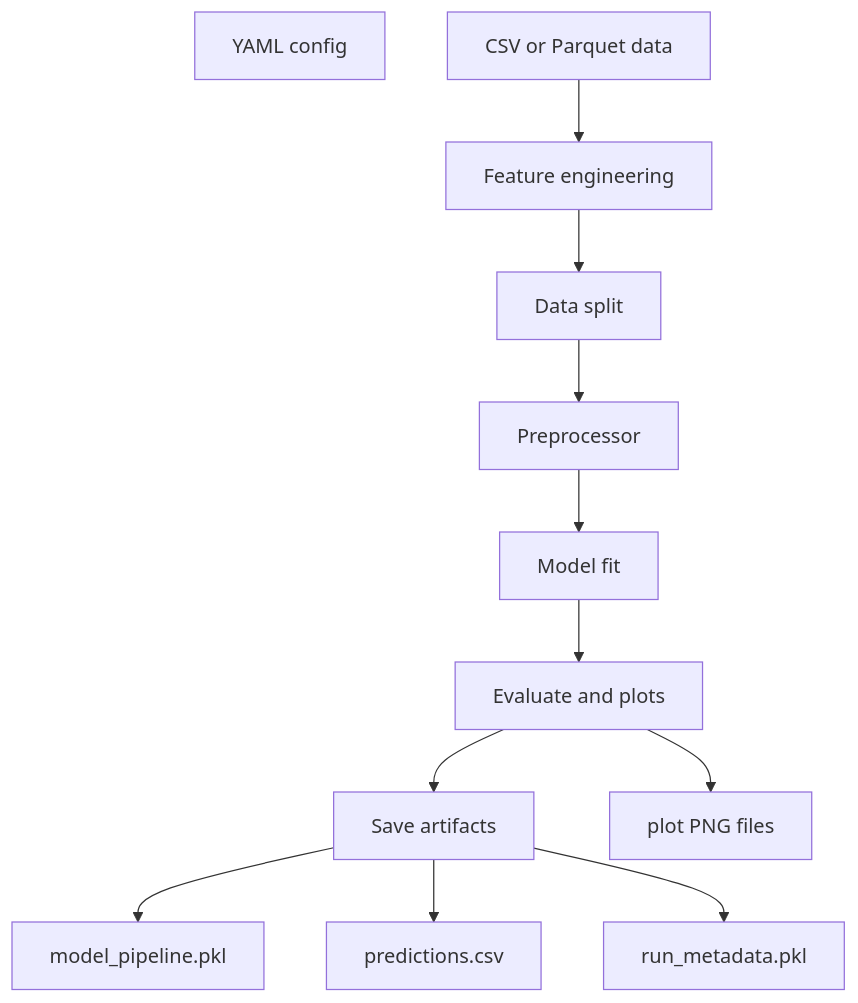
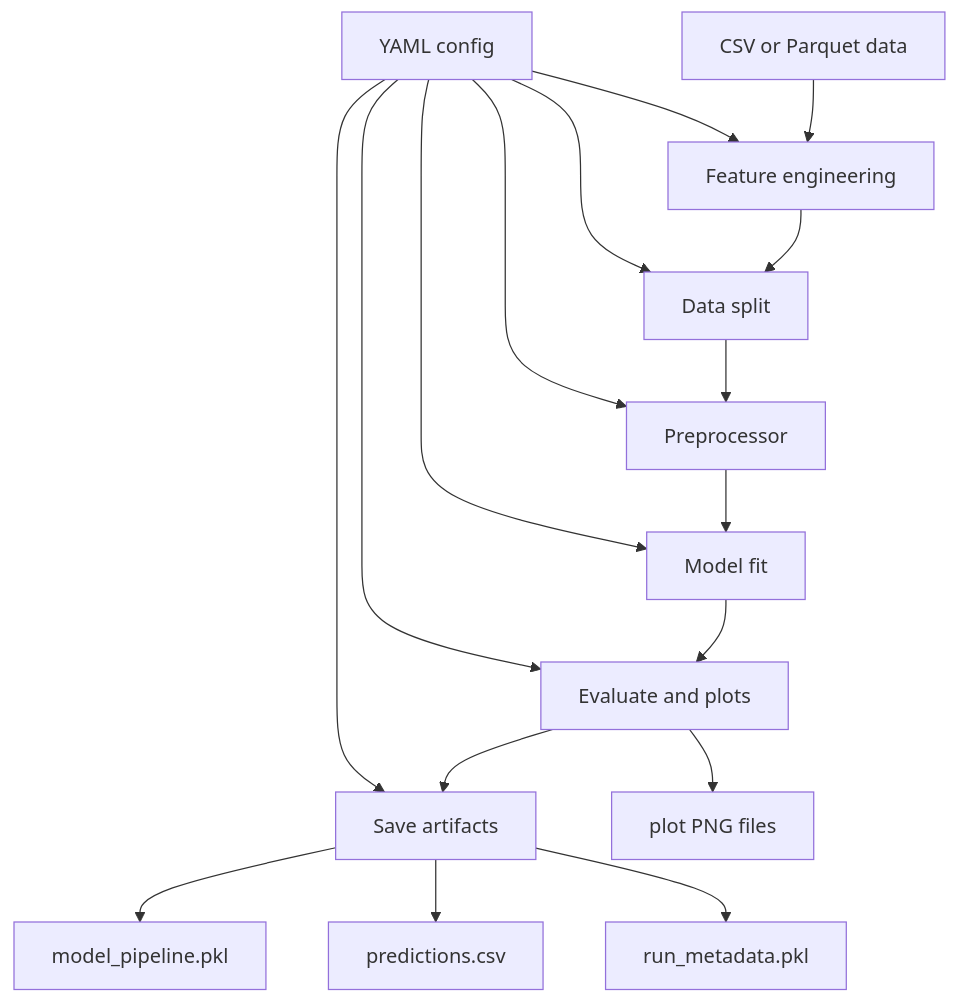
The first of 3 diagrams in README.md (dineshram2004/intuit_assigment), drawn with Mermaid before and after one commit. The commit also changed other lines of this file, not shown here.

````diff
--- a/README.md
+++ b/README.md
@@ -9,26 +9,32 @@
 ```mermaid
 flowchart TB
     YAML["YAML config"]
     DATA["CSV or Parquet data"]
     FE["Feature engineering"]
     SPLIT["Data split"]
     PRE["Preprocessor"]
     MODEL["Model fit"]
     EVAL["Evaluate and plots"]
     SAVE["Save artifacts"]
     PKL["model_pipeline.pkl"]
     CSV["predictions.csv"]
     META["run_metadata.pkl"]
     PNG["plot PNG files"]
 
+    YAML --> FE
+    YAML --> SPLIT
+    YAML --> PRE
+    YAML --> MODEL
+    YAML --> EVAL
+    YAML --> SAVE
     DATA --> FE
     FE --> SPLIT
     SPLIT --> PRE
     PRE --> MODEL
     MODEL --> EVAL
     EVAL --> SAVE
     SAVE --> PKL
     SAVE --> CSV
     SAVE --> META
     EVAL --> PNG
 ```
````
